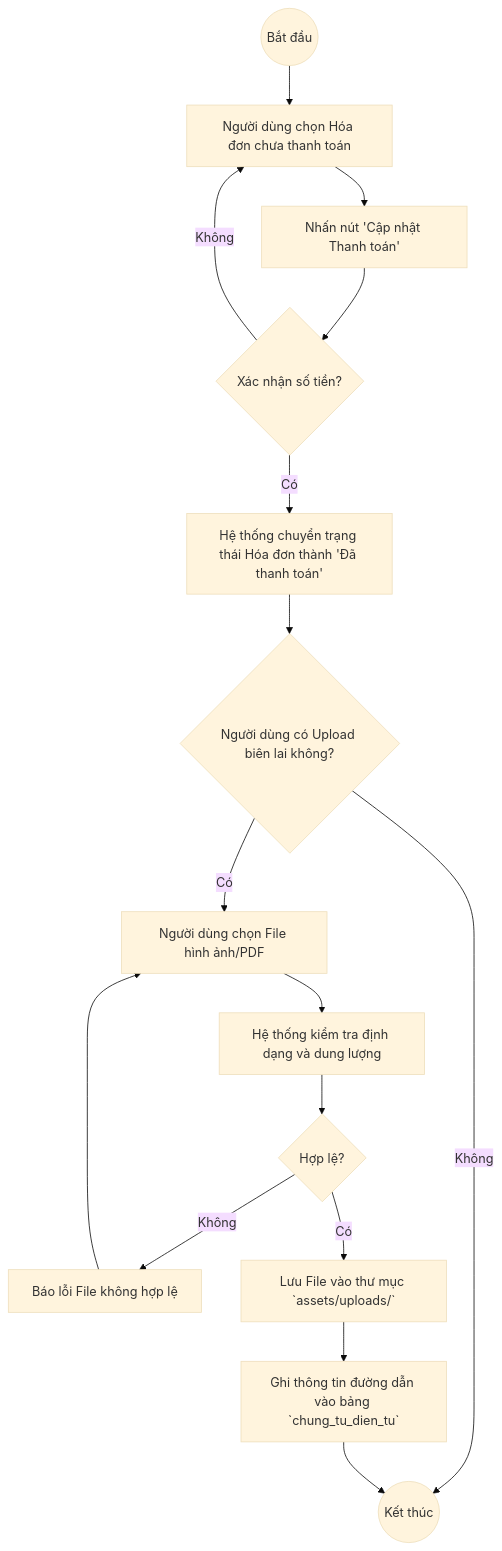
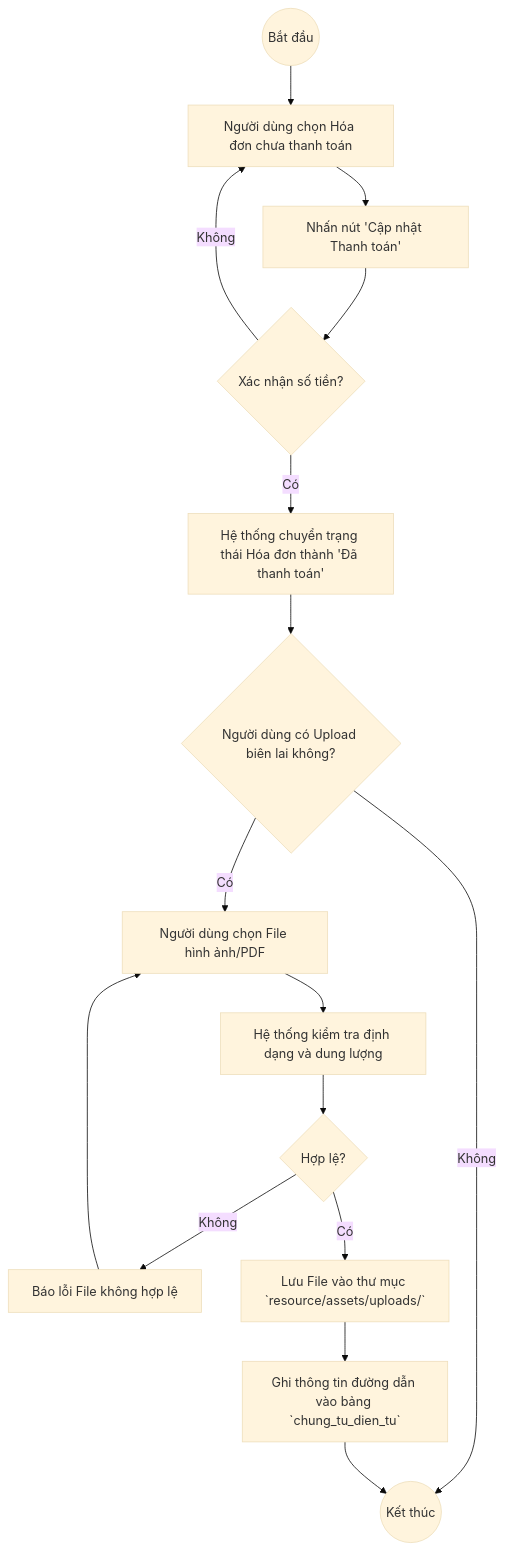
One commit to codehappyness/cdweb_lab changed the third of 4 diagrams in docs/uml_models.md. Above: the diagram before and after it, drawn with Mermaid (base theme). The commit also changed 1875 other files, not shown here.

````diff
--- a/docs/uml_models.md
+++ b/docs/uml_models.md
@@ -121,17 +121,17 @@
 ```mermaid
 flowchart TD
     Start((Bắt đầu)) --> A[Người dùng chọn Hóa đơn chưa thanh toán]
     A --> B[Nhấn nút 'Cập nhật Thanh toán']
     B --> C{Xác nhận số tiền?}
     C -- Không --> A
     C -- Có --> D[Hệ thống chuyển trạng thái Hóa đơn thành 'Đã thanh toán']
     D --> E{Người dùng có Upload biên lai không?}
     E -- Không --> End((Kết thúc))
     E -- Có --> F[Người dùng chọn File hình ảnh/PDF]
     F --> G[Hệ thống kiểm tra định dạng và dung lượng]
     G --> H{Hợp lệ?}
     H -- Không --> I[Báo lỗi File không hợp lệ] --> F
-    H -- Có --> J[Lưu File vào thư mục `assets/uploads/`]
+    H -- Có --> J[Lưu File vào thư mục `resource/assets/uploads/`]
     J --> K[Ghi thông tin đường dẫn vào bảng `chung_tu_dien_tu`]
     K --> End
 ```
````
